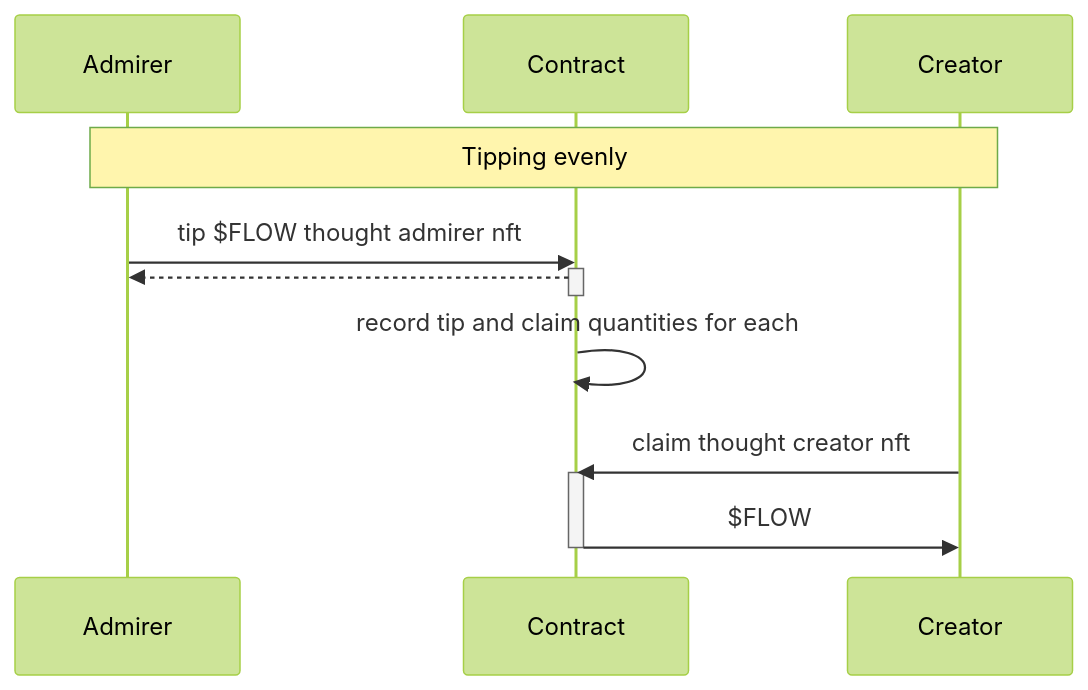
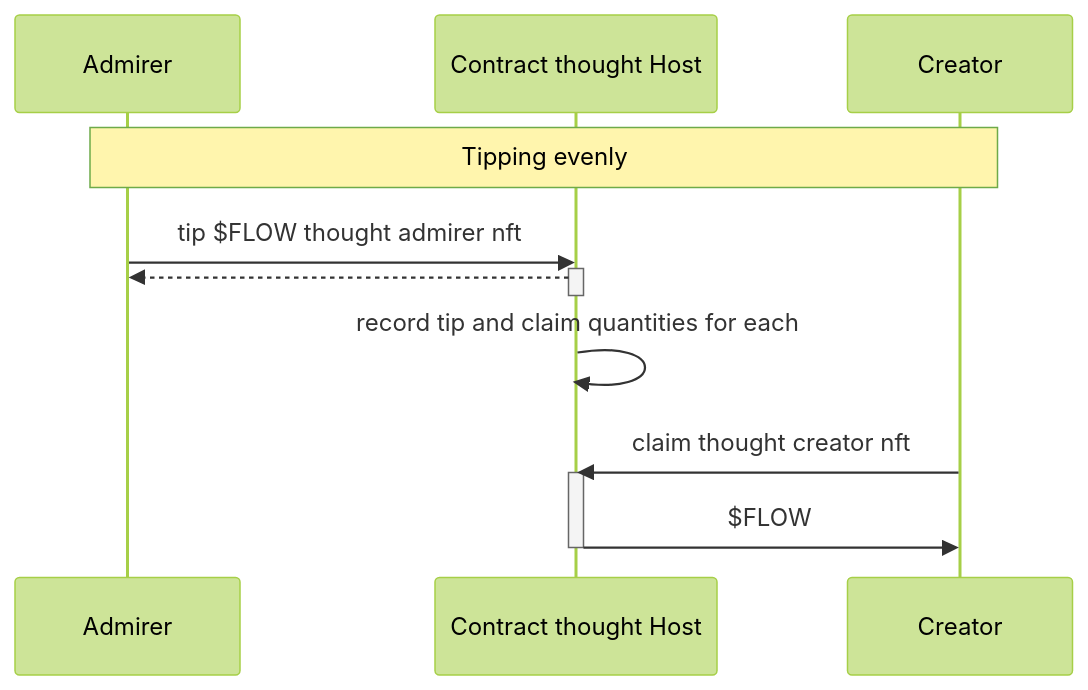
The third of 3 diagrams in docs/sequence.md (hironow/crediflow), drawn with Mermaid (forest theme) before and after one commit. The commit also changed other lines of this file, not shown here.

Commit message:
update sequence

````diff
--- a/docs/sequence.md
+++ b/docs/sequence.md
@@ -39,19 +39,19 @@
 ```mermaid
 sequenceDiagram
     participant Admirer
-    participant Contract
+    participant Contract as Contract thought Host
     participant Creator
 
     Note over Admirer,Creator: Tipping evenly
     Admirer->>Contract: tip $FLOW thought admirer nft
     activate Contract
     Contract-->>Admirer: 
     deactivate Contract
 
     Contract->>Contract: record tip and claim quantities for each
 
     Creator->>Contract: claim thought creator nft
     activate Contract
     Contract->>Creator: $FLOW
     deactivate Contract
 ```
````
